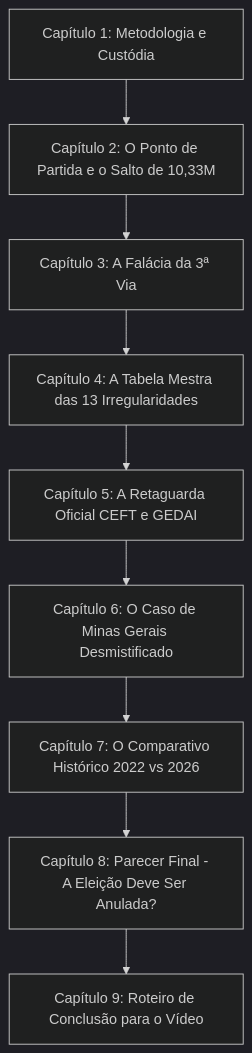
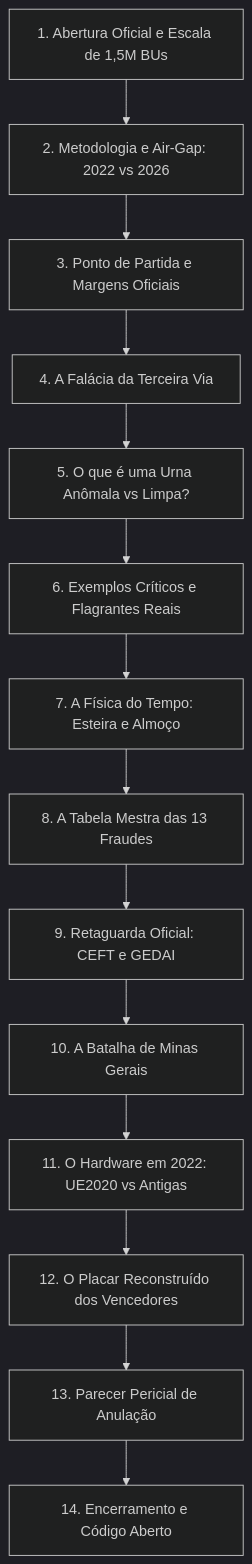
One commit to dilneiss/analise-forense-100-anomalias-eleicoes-2026-brasil changed the diagram in APRESENTACAO_DOSSIE_PERICIAL_ELEICOES.md. Above: the diagram before and after it, drawn with Mermaid (dark theme). The commit also changed other lines of this file and 2 other files, not shown here.

Commit message:
feat(apresentacao): expandir apresentacao para 14 capitulos/slides com definicao de urna anomala, flagrantes criticos, fisica do tempo e comparativo 2022 vs 2026

````diff
--- a/APRESENTACAO_DOSSIE_PERICIAL_ELEICOES.md
+++ b/APRESENTACAO_DOSSIE_PERICIAL_ELEICOES.md
@@ -10,11 +10,16 @@
 ```mermaid
 flowchart TD
-    C1[Capítulo 1: Metodologia e Custódia] --> C2[Capítulo 2: O Ponto de Partida e o Salto de 10,33M]
-    C2 --> C3[Capítulo 3: A Falácia da 3ª Via]
-    C3 --> C4[Capítulo 4: A Tabela Mestra das 13 Irregularidades]
-    C4 --> C5[Capítulo 5: A Retaguarda Oficial CEFT e GEDAI]
-    C5 --> C6[Capítulo 6: O Caso de Minas Gerais Desmistificado]
-    C6 --> C7[Capítulo 7: O Comparativo Histórico 2022 vs 2026]
-    C7 --> C8[Capítulo 8: Parecer Final - A Eleição Deve Ser Anulada?]
-    C8 --> C9[Capítulo 9: Roteiro de Conclusão para o Vídeo]
+    C1[1. Abertura Oficial e Escala de 1,5M BUs] --> C2[2. Metodologia e Air-Gap: 2022 vs 2026]
+    C2 --> C3[3. Ponto de Partida e Margens Oficiais]
+    C3 --> C4[4. A Falácia da Terceira Via]
+    C4 --> C5[5. O que é uma Urna Anômala vs Limpa?]
+    C5 --> C6[6. Exemplos Críticos e Flagrantes Reais]
+    C6 --> C7[7. A Física do Tempo: Esteira e Almoço]
+    C7 --> C8[8. A Tabela Mestra das 13 Fraudes]
+    C8 --> C9[9. Retaguarda Oficial: CEFT e GEDAI]
+    C9 --> C10[10. A Batalha de Minas Gerais]
+    C10 --> C11[11. O Hardware em 2022: UE2020 vs Antigas]
+    C11 --> C12[12. O Placar Reconstruído dos Vencedores]
+    C12 --> C13[13. Parecer Pericial de Anulação]
+    C13 --> C14[14. Encerramento e Código Aberto]
 ```
````
